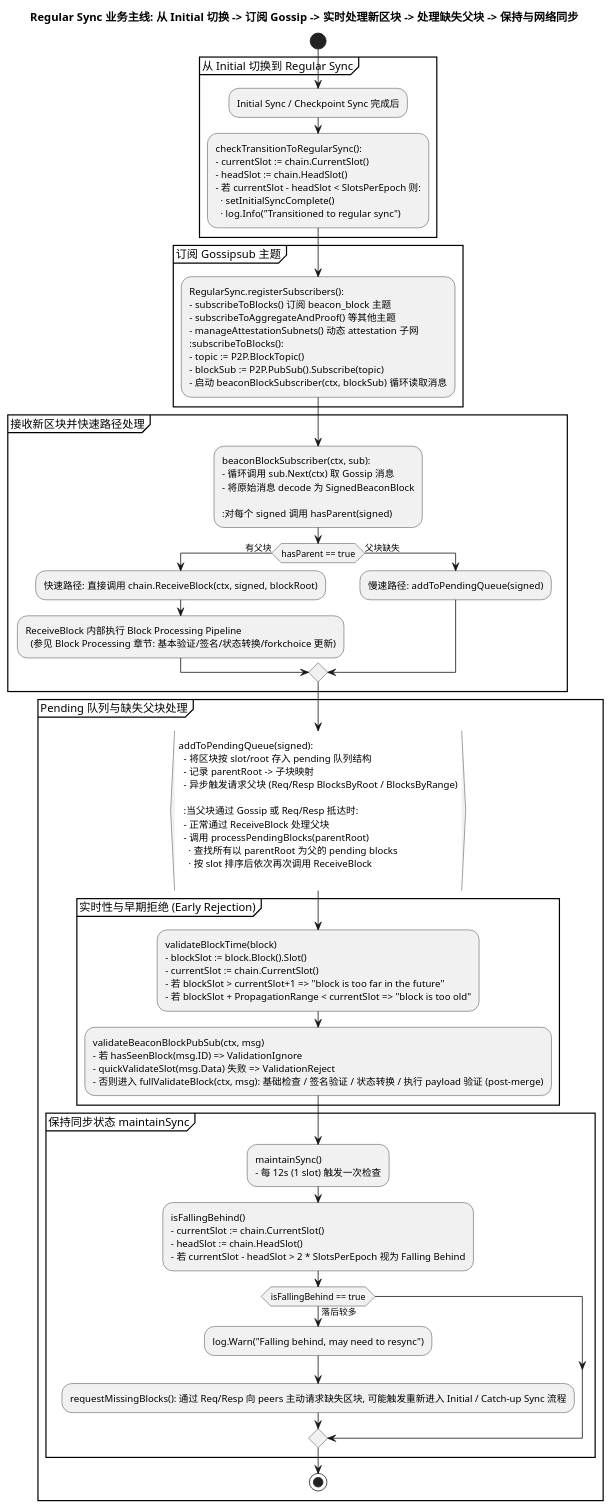
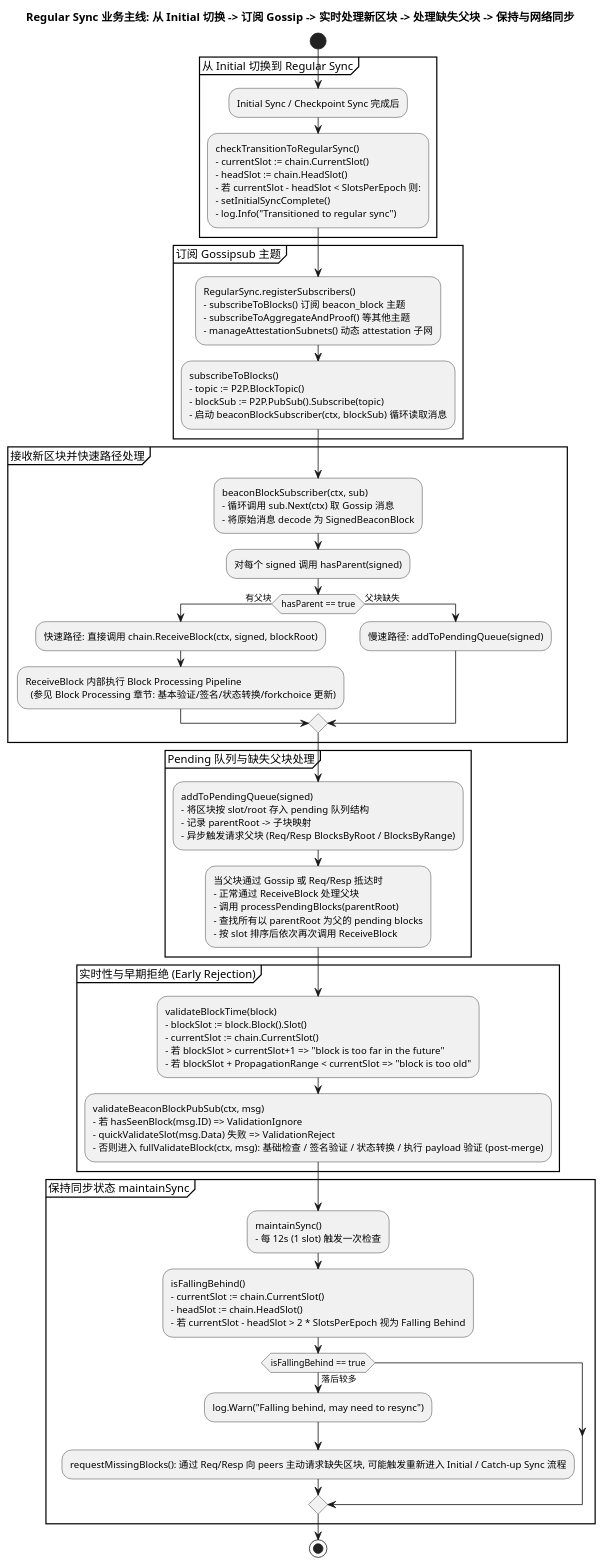
Before and after one commit to xueqianLu/beacon-sync-doc: the diagram in img/business7_regular_sync_flow.puml, drawn with PlantUML.

Commit message:
update uml

```diff
--- a/img/business7_regular_sync_flow.puml
+++ b/img/business7_regular_sync_flow.puml
@@ -1,73 +1,54 @@
 @startuml business7_regular_sync
 Title Regular Sync 业务主线: 从 Initial 切换 -> 订阅 Gossip -> 实时处理新区块 -> 处理缺失父块 -> 保持与网络同步
 
 start
 
 partition "从 Initial 切换到 Regular Sync" {
   :Initial Sync / Checkpoint Sync 完成后;
-  :checkTransitionToRegularSync():
-  - currentSlot := chain.CurrentSlot()
-  - headSlot := chain.HeadSlot()
-  - 若 currentSlot - headSlot < SlotsPerEpoch 则:
-    · setInitialSyncComplete()
-    · log.Info("Transitioned to regular sync");
+  :checkTransitionToRegularSync()\n- currentSlot := chain.CurrentSlot()\n- headSlot := chain.HeadSlot()\n- 若 currentSlot - headSlot < SlotsPerEpoch 则:\n- setInitialSyncComplete()\n- log.Info("Transitioned to regular sync");
 }
 
 partition "订阅 Gossipsub 主题" {
-  :RegularSync.registerSubscribers():
-  - subscribeToBlocks() 订阅 beacon_block 主题
-  - subscribeToAggregateAndProof() 等其他主题
-  - manageAttestationSubnets() 动态 attestation 子网
-  :subscribeToBlocks():
-  - topic := P2P.BlockTopic()
-  - blockSub := P2P.PubSub().Subscribe(topic)
-  - 启动 beaconBlockSubscriber(ctx, blockSub) 循环读取消息;
+  :RegularSync.registerSubscribers()\n- subscribeToBlocks() 订阅 beacon_block 主题\n- subscribeToAggregateAndProof() 等其他主题\n- manageAttestationSubnets() 动态 attestation 子网;
+
+  :subscribeToBlocks()\n- topic := P2P.BlockTopic()\n- blockSub := P2P.PubSub().Subscribe(topic)\n- 启动 beaconBlockSubscriber(ctx, blockSub) 循环读取消息;
 }
 
 partition "接收新区块并快速路径处理" {
-  :beaconBlockSubscriber(ctx, sub):
-  - 循环调用 sub.Next(ctx) 取 Gossip 消息
-  - 将原始消息 decode 为 SignedBeaconBlock
+  :beaconBlockSubscriber(ctx, sub)\n- 循环调用 sub.Next(ctx) 取 Gossip 消息\n- 将原始消息 decode 为 SignedBeaconBlock;
 
   :对每个 signed 调用 hasParent(signed);
   if (hasParent == true) then (有父块)
     :快速路径: 直接调用 chain.ReceiveBlock(ctx, signed, blockRoot);
     :ReceiveBlock 内部执行 Block Processing Pipeline
       (参见 Block Processing 章节: 基本验证/签名/状态转换/forkchoice 更新);
   else (父块缺失)
     :慢速路径: addToPendingQueue(signed);
   endif
 }
 
 partition "Pending 队列与缺失父块处理" {
-  :addToPendingQueue(signed):
-  - 将区块按 slot/root 存入 pending 队列结构
-  - 记录 parentRoot -> 子块映射
-  - 异步触发请求父块 (Req/Resp BlocksByRoot / BlocksByRange)
+  :addToPendingQueue(signed)\n- 将区块按 slot/root 存入 pending 队列结构\n- 记录 parentRoot -> 子块映射\n- 异步触发请求父块 (Req/Resp BlocksByRoot / BlocksByRange);
 
-  :当父块通过 Gossip 或 Req/Resp 抵达时:
-  - 正常通过 ReceiveBlock 处理父块
-  - 调用 processPendingBlocks(parentRoot)
-    · 查找所有以 parentRoot 为父的 pending blocks
-    · 按 slot 排序后依次再次调用 ReceiveBlock
+  :当父块通过 Gossip 或 Req/Resp 抵达时\n- 正常通过 ReceiveBlock 处理父块\n- 调用 processPendingBlocks(parentRoot)\n- 查找所有以 parentRoot 为父的 pending blocks\n- 按 slot 排序后依次再次调用 ReceiveBlock;
 }
 
 partition "实时性与早期拒绝 (Early Rejection)" {
   :validateBlockTime(block)\n- blockSlot := block.Block().Slot()\n- currentSlot := chain.CurrentSlot()\n- 若 blockSlot > currentSlot+1 => "block is too far in the future"\n- 若 blockSlot + PropagationRange < currentSlot => "block is too old";
 
   :validateBeaconBlockPubSub(ctx, msg)\n- 若 hasSeenBlock(msg.ID) => ValidationIgnore\n- quickValidateSlot(msg.Data) 失败 => ValidationReject\n- 否则进入 fullValidateBlock(ctx, msg): 基础检查 / 签名验证 / 状态转换 / 执行 payload 验证 (post-merge);
 }
 
 partition "保持同步状态 maintainSync" {
   :maintainSync()\n- 每 12s (1 slot) 触发一次检查;
 
   :isFallingBehind()\n- currentSlot := chain.CurrentSlot()\n- headSlot := chain.HeadSlot()\n- 若 currentSlot - headSlot > 2 * SlotsPerEpoch 视为 Falling Behind;
   if (isFallingBehind == true) then (落后较多)
     :log.Warn("Falling behind, may need to resync");
     :requestMissingBlocks(): 通过 Req/Resp 向 peers 主动请求缺失区块, 可能触发重新进入 Initial / Catch-up Sync 流程;
   endif
 }
 
 stop
 
 @enduml
```
